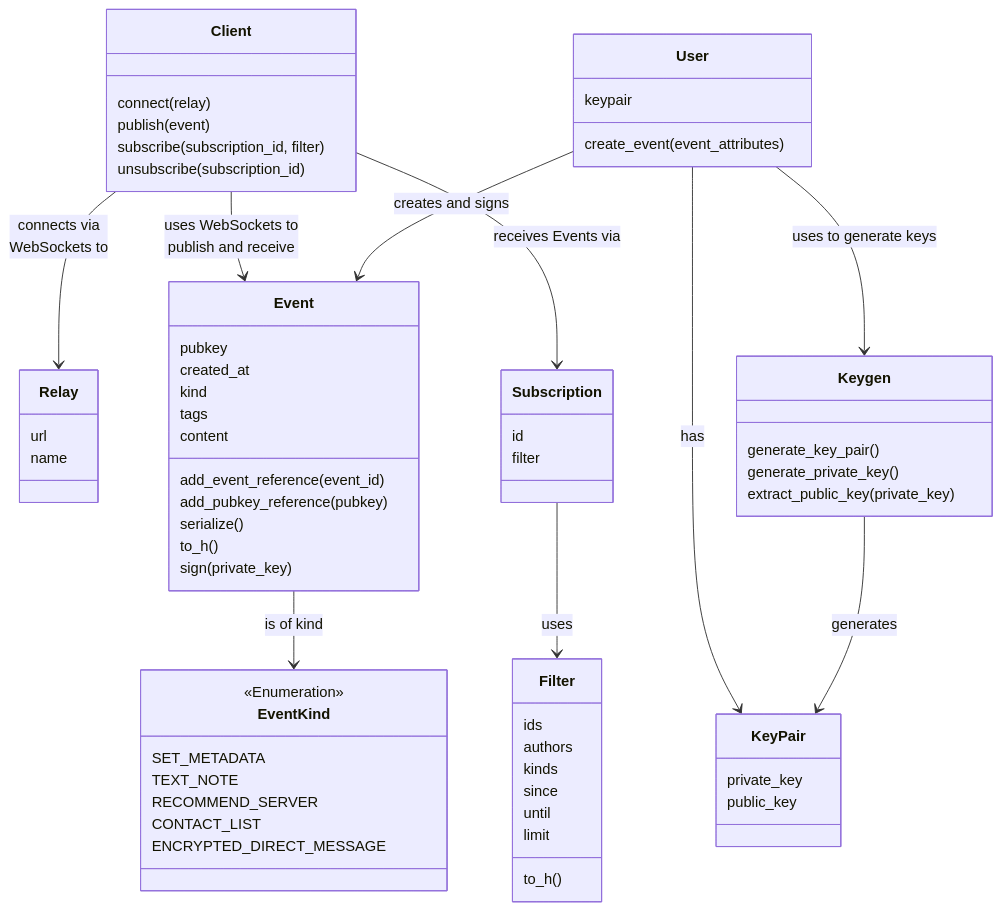
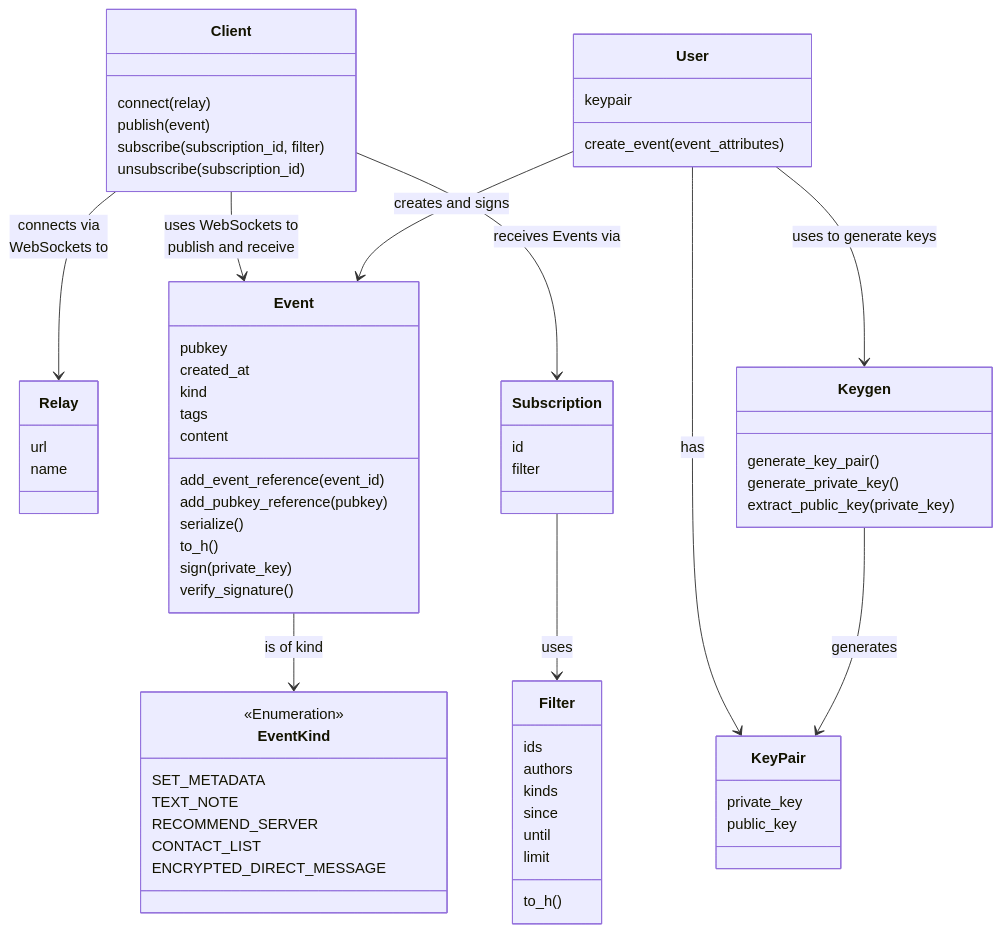
Before and after one commit to wilsonsilva/nostr: the diagram in docs/getting-started/overview.md, drawn with Mermaid. The commit also changed 3 other files, not shown here.

Commit message:
Document how to verify the signature of messages and events

````diff
--- a/docs/getting-started/overview.md
+++ b/docs/getting-started/overview.md
@@ -15,69 +15,70 @@
 ```mermaid
 classDiagram
     class Client {
         connect(relay)
         publish(event)
         subscribe(subscription_id, filter)
         unsubscribe(subscription_id)
     }
     class Relay {
         url
         name
     }
     class Event {
         pubkey
         created_at
         kind
         tags
         content
         add_event_reference(event_id)
         add_pubkey_reference(pubkey)
         serialize()
         to_h()
         sign(private_key)
+        verify_signature()
     }
     class Subscription {
         id
         filter
     }
     class Filter {
         ids
         authors
         kinds
         since
         until
         limit
         to_h()
     }
     class EventKind {
         <<Enumeration>>
         SET_METADATA
         TEXT_NOTE
         RECOMMEND_SERVER
         CONTACT_LIST
         ENCRYPTED_DIRECT_MESSAGE
     }
     class KeyPair {
         private_key
         public_key
     }
     class Keygen {
         generate_key_pair()
         generate_private_key()
         extract_public_key(private_key)
     }
     class User {
         keypair
         create_event(event_attributes)
     }
 
     Client --> Relay : connects via <br> WebSockets to
     Client --> Event : uses WebSockets to <br> publish and receive
     Client --> Subscription : receives Events via
     Subscription --> Filter : uses
     Event --> EventKind : is of kind
     User --> KeyPair : has
     User --> Event : creates and signs
     User --> Keygen : uses to generate keys
     Keygen --> KeyPair : generates
 ```
````
